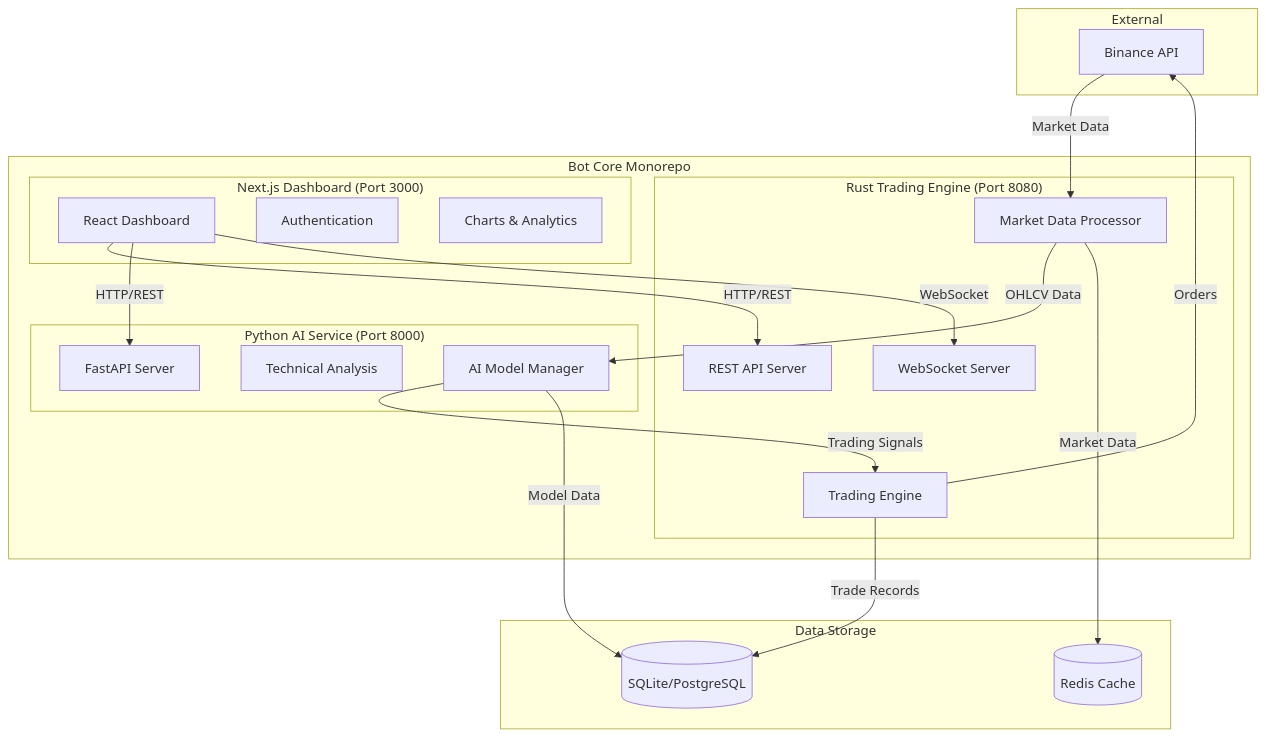
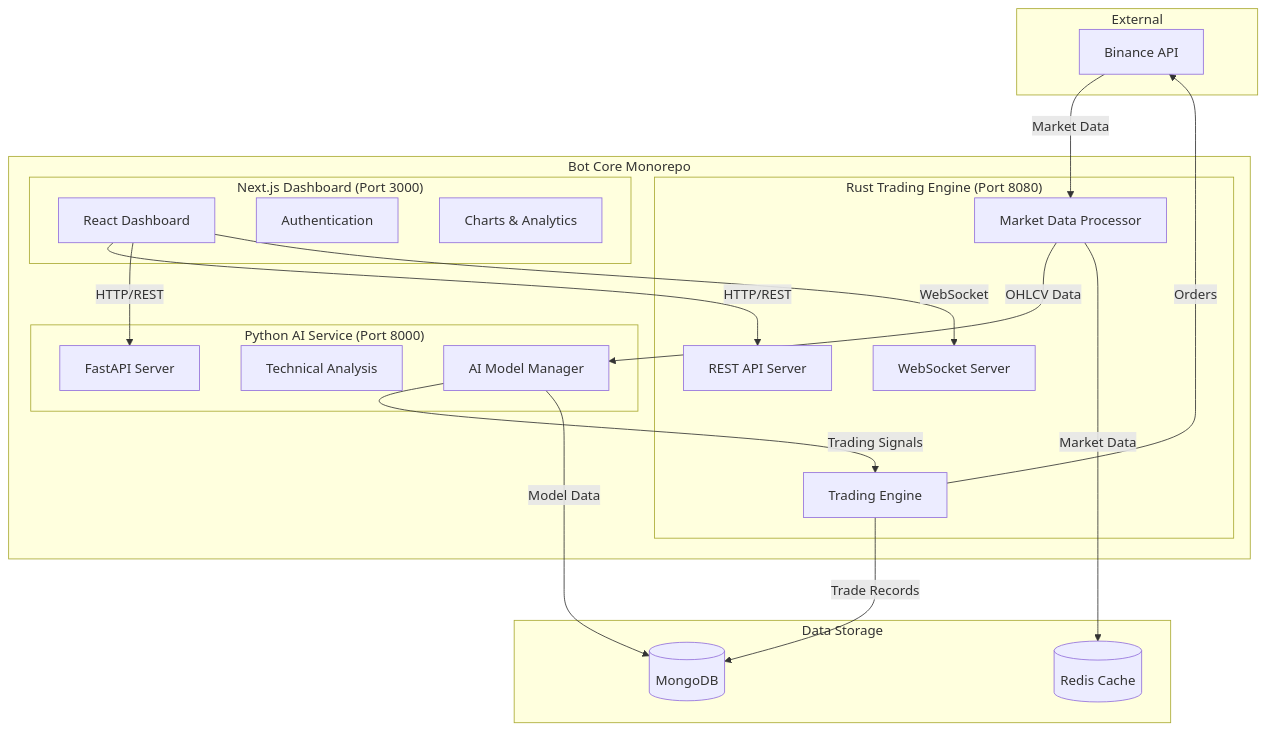
Before and after one commit to magic-ai-trading-bot/bot-core: the diagram in INTEGRATION_ARCHITECTURE.md, drawn with Mermaid. The commit also changed 34 other files, not shown here.

````diff
--- a/INTEGRATION_ARCHITECTURE.md
+++ b/INTEGRATION_ARCHITECTURE.md
@@ -7,50 +7,50 @@
 ```mermaid
 graph TB
     subgraph "External"
         BINANCE[Binance API]
     end
 
     subgraph "Bot Core Monorepo"
         subgraph "Rust Trading Engine (Port 8080)"
             RTE[Trading Engine]
             RMD[Market Data Processor]
             RAPI[REST API Server]
             RWS[WebSocket Server]
         end
 
         subgraph "Python AI Service (Port 8000)"
             PAI[AI Model Manager]
             PTA[Technical Analysis]
             PAPI[FastAPI Server]
         end
 
         subgraph "Next.js Dashboard (Port 3000)"
             UI[React Dashboard]
             AUTH[Authentication]
             CHARTS[Charts & Analytics]
         end
     end
 
     subgraph "Data Storage"
-        DB[(SQLite/PostgreSQL)]
+        DB[(MongoDB)]
         CACHE[(Redis Cache)]
     end
 
     %% External Data Flow
     BINANCE -->|Market Data| RMD
     RTE -->|Orders| BINANCE
 
     %% Internal Service Communication
     RMD -->|OHLCV Data| PAI
     PAI -->|Trading Signals| RTE
 
     %% API Communication
     UI -->|HTTP/REST| RAPI
     UI -->|HTTP/REST| PAPI
     UI -->|WebSocket| RWS
 
     %% Data Storage
     RTE -->|Trade Records| DB
     RMD -->|Market Data| CACHE
     PAI -->|Model Data| DB
 ```
````
